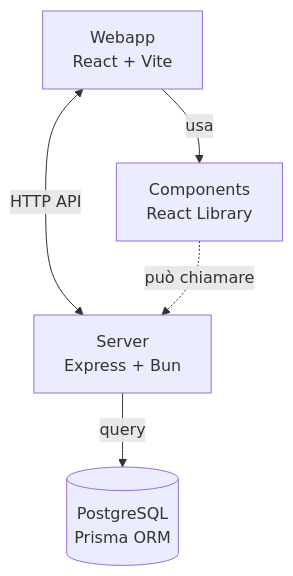
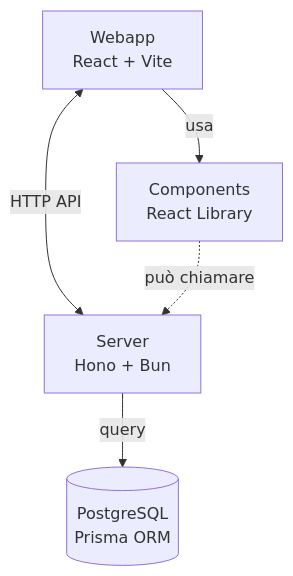
The fourth of 12 diagrams in README.md (italia/graph-italia), drawn with Mermaid before and after one commit. The commit also changed other lines of this file, not shown here.

First line of the commit message:
docs: update README - Hono migration, Azure DB, troubleshooting [skip-ci]

````diff
--- a/README.md
+++ b/README.md
@@ -418,12 +420,12 @@
 ```mermaid
 graph TB
     Webapp[Webapp<br/>React + Vite]
     Components[Components<br/>React Library]
-    Server[Server<br/>Express + Bun]
+    Server[Server<br/>Hono + Bun]
     DB[(PostgreSQL<br/>Prisma ORM)]
     
     Webapp -->|usa| Components
     Webapp <-->|HTTP API| Server
     Server -->|query| DB
     Components -.->|può chiamare| Server
 ```
````
